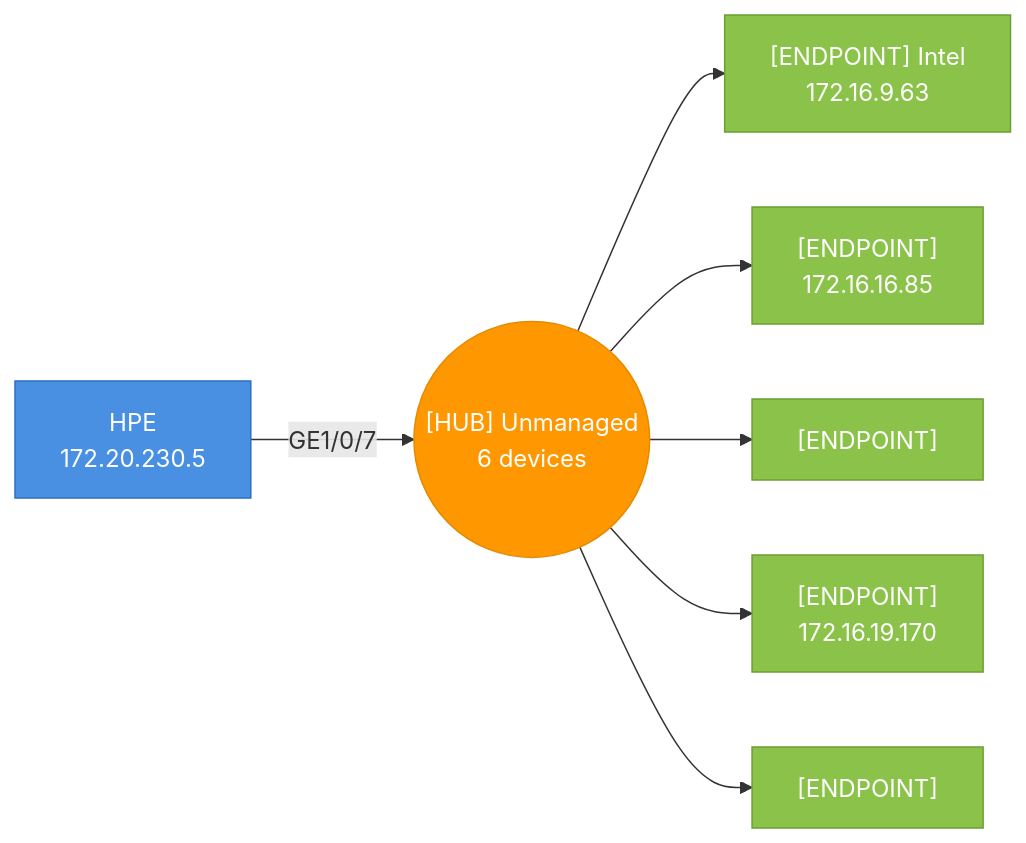
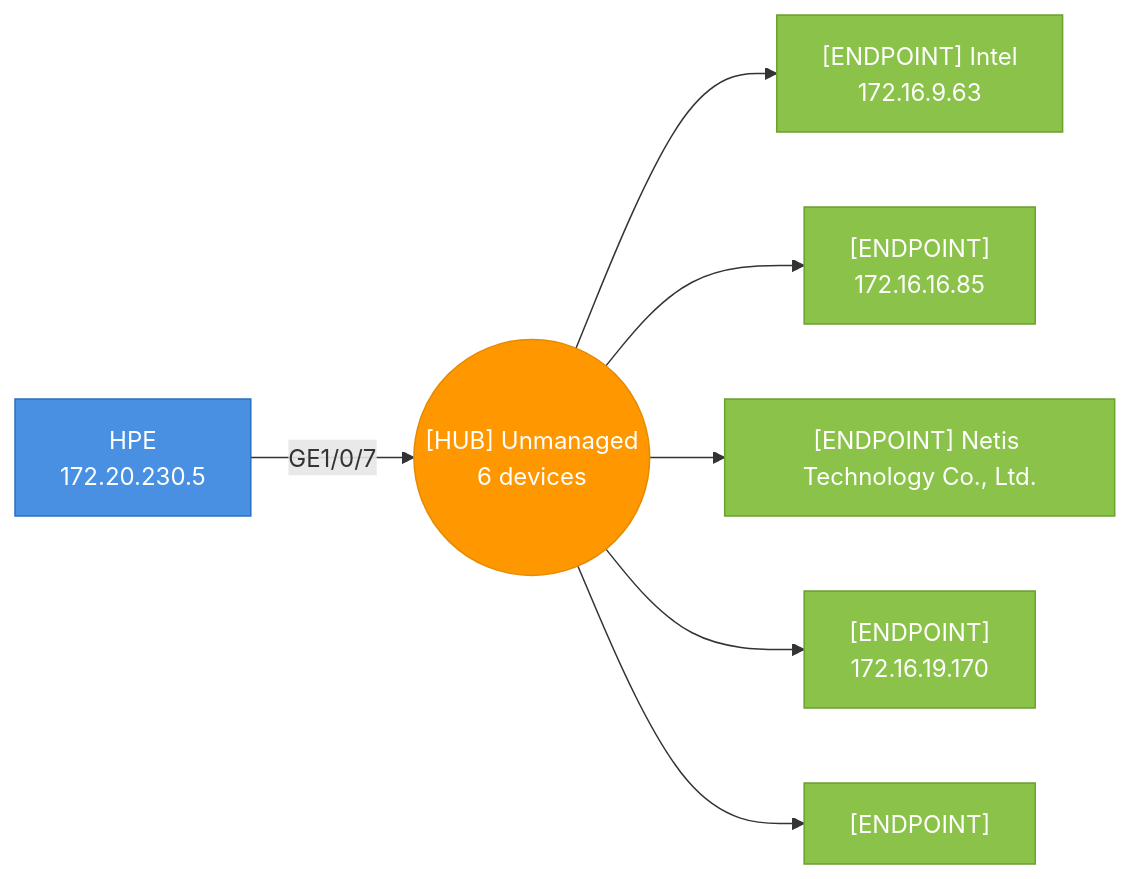
One commit to djamic/LLDP-Skanner-Go changed diagram 16 of 38 in testdata/golden/audit_default.md. Above: the diagram before and after it, drawn with Mermaid. The commit also changed other lines of this file and 11 other files, not shown here.

````diff
--- a/testdata/golden/audit_default.md
+++ b/testdata/golden/audit_default.md
@@ -1622,23 +1612,23 @@
 ```mermaid
 graph LR
   hub_4caea3a218ec_p7(("[HUB] Unmanaged<br>6 devices"))
   4caea3a218ec["HPE<br>172.20.230.5"]
   4caea3a218ec-- "GE1/0/7" -->hub_4caea3a218ec_p7
   style 4caea3a218ec fill:#4A90E2,stroke:#2A6FC2,color:#fff
   14857fccb76c["[ENDPOINT] Intel<br>172.16.9.63"]
   hub_4caea3a218ec_p7-->14857fccb76c
   style 14857fccb76c fill:#8BC34A,stroke:#6B9F30,color:#fff
   3609c6c1053b["[ENDPOINT]<br>172.16.16.85"]
   hub_4caea3a218ec_p7-->3609c6c1053b
   style 3609c6c1053b fill:#8BC34A,stroke:#6B9F30,color:#fff
-  64eeb7a7d170["[ENDPOINT]"]
+  64eeb7a7d170["[ENDPOINT] Netis Technology Co., Ltd."]
   hub_4caea3a218ec_p7-->64eeb7a7d170
   style 64eeb7a7d170 fill:#8BC34A,stroke:#6B9F30,color:#fff
   7aaad80032bf["[ENDPOINT]<br>172.16.19.170"]
   hub_4caea3a218ec_p7-->7aaad80032bf
   style 7aaad80032bf fill:#8BC34A,stroke:#6B9F30,color:#fff
   aaa395632235["[ENDPOINT]"]
   hub_4caea3a218ec_p7-->aaa395632235
   style aaa395632235 fill:#8BC34A,stroke:#6B9F30,color:#fff
   style hub_4caea3a218ec_p7 fill:#FF9800,stroke:#E68A00,color:#fff
 ```
````
